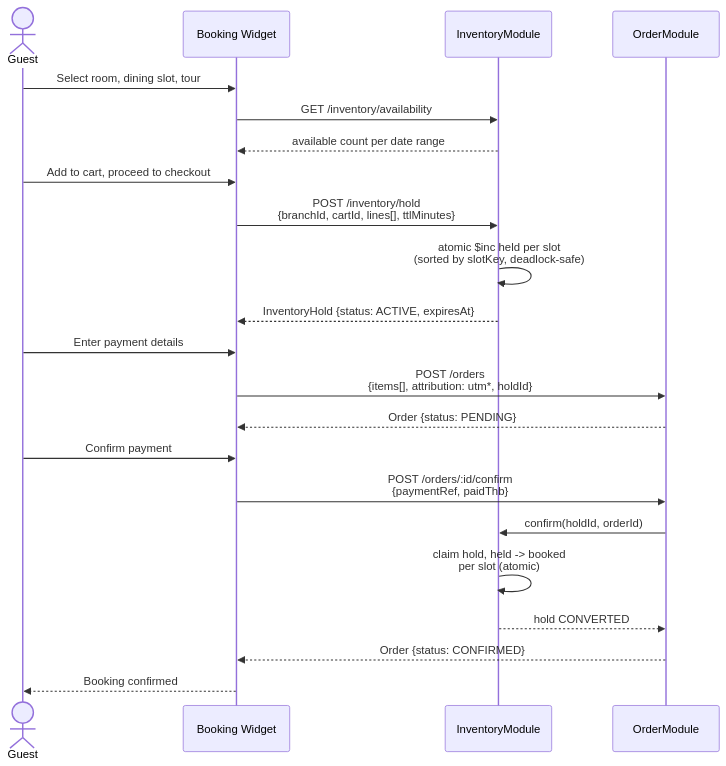
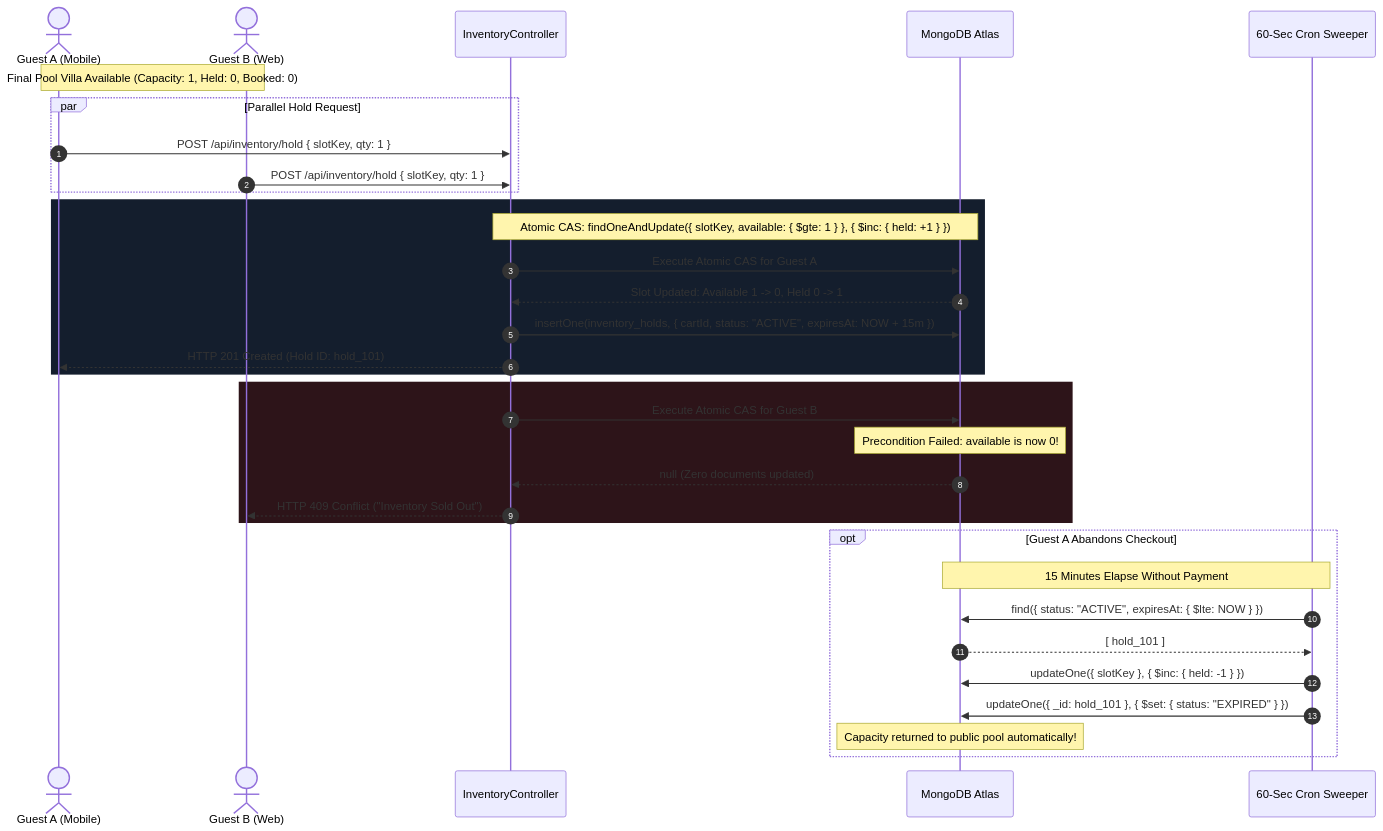
One commit to LynnT-2003/yoonie-backend changed the third of 9 diagrams in README.md. Above: the diagram before and after it, drawn with Mermaid. The commit also changed other lines of this file and 1 other file, not shown here.

Commit message:
docs: add master architecture topology, 9-collection schema tree, ERD, and sequence diagrams

````diff
--- a/README.md
+++ b/README.md
@@ -181,28 +263,40 @@
 ```mermaid
 sequenceDiagram
-    actor Guest
-    participant Widget as Booking Widget
-    participant Inventory as InventoryModule
-    participant Order as OrderModule
+    autonumber
+    actor GuestA as Guest A (Mobile)
+    actor GuestB as Guest B (Web)
+    participant API as InventoryController
+    participant DB as MongoDB Atlas
+    participant Sweeper as 60-Sec Cron Sweeper
 
-    Guest->>Widget: Select room, dining slot, tour
-    Widget->>Inventory: GET /inventory/availability
-    Inventory-->>Widget: available count per date range
+    Note over GuestA,GuestB: Final Pool Villa Available (Capacity: 1, Held: 0, Booked: 0)
 
-    Guest->>Widget: Add to cart, proceed to checkout
-    Widget->>Inventory: POST /inventory/hold<br/>{branchId, cartId, lines[], ttlMinutes}
-    Inventory->>Inventory: atomic $inc held per slot<br/>(sorted by slotKey, deadlock-safe)
-    Inventory-->>Widget: InventoryHold {status: ACTIVE, expiresAt}
+    par Parallel Hold Request
+        GuestA->>API: POST /api/inventory/hold { slotKey, qty: 1 }
+        GuestB->>API: POST /api/inventory/hold { slotKey, qty: 1 }
+    end
 
-    Guest->>Widget: Enter payment details
-    Widget->>Order: POST /orders<br/>{items[], attribution: utm*, holdId}
-    Order-->>Widget: Order {status: PENDING}
+    rect rgb(20, 30, 45)
+        Note over API,DB: Atomic CAS: findOneAndUpdate({ slotKey, available: { $gte: 1 } }, { $inc: { held: +1 } })
+        API->>DB: Execute Atomic CAS for Guest A
+        DB-->>API: Slot Updated: Available 1 -> 0, Held 0 -> 1
+        API->>DB: insertOne(inventory_holds, { cartId, status: "ACTIVE", expiresAt: NOW + 15m })
+        API-->>GuestA: HTTP 201 Created (Hold ID: hold_101)
+    end
 
-    Guest->>Widget: Confirm payment
-    Widget->>Order: POST /orders/:id/confirm<br/>{paymentRef, paidThb}
-    Order->>Inventory: confirm(holdId, orderId)
-    Inventory->>Inventory: claim hold, held -> booked<br/>per slot (atomic)
-    Inventory-->>Order: hold CONVERTED
-    Order-->>Widget: Order {status: CONFIRMED}
-    Widget-->>Guest: Booking confirmed
+    rect rgb(45, 20, 25)
+        API->>DB: Execute Atomic CAS for Guest B
+        Note over DB: Precondition Failed: available is now 0!
+        DB-->>API: null (Zero documents updated)
+        API-->>GuestB: HTTP 409 Conflict ("Inventory Sold Out")
+    end
+
+    opt Guest A Abandons Checkout
+        Note over Sweeper,DB: 15 Minutes Elapse Without Payment
+        Sweeper->>DB: find({ status: "ACTIVE", expiresAt: { $lte: NOW } })
+        DB-->>Sweeper: [ hold_101 ]
+        Sweeper->>DB: updateOne({ slotKey }, { $inc: { held: -1 } })
+        Sweeper->>DB: updateOne({ _id: hold_101 }, { $set: { status: "EXPIRED" } })
+        Note over DB: Capacity returned to public pool automatically!
+    end
 ```
````
